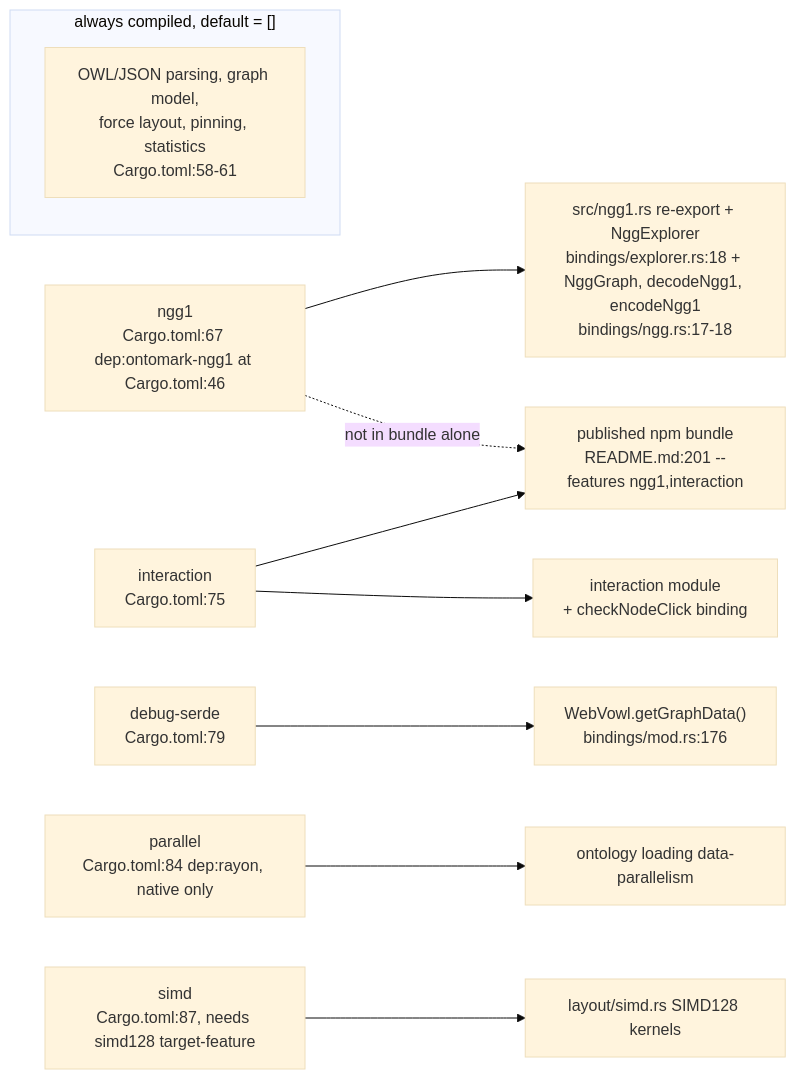
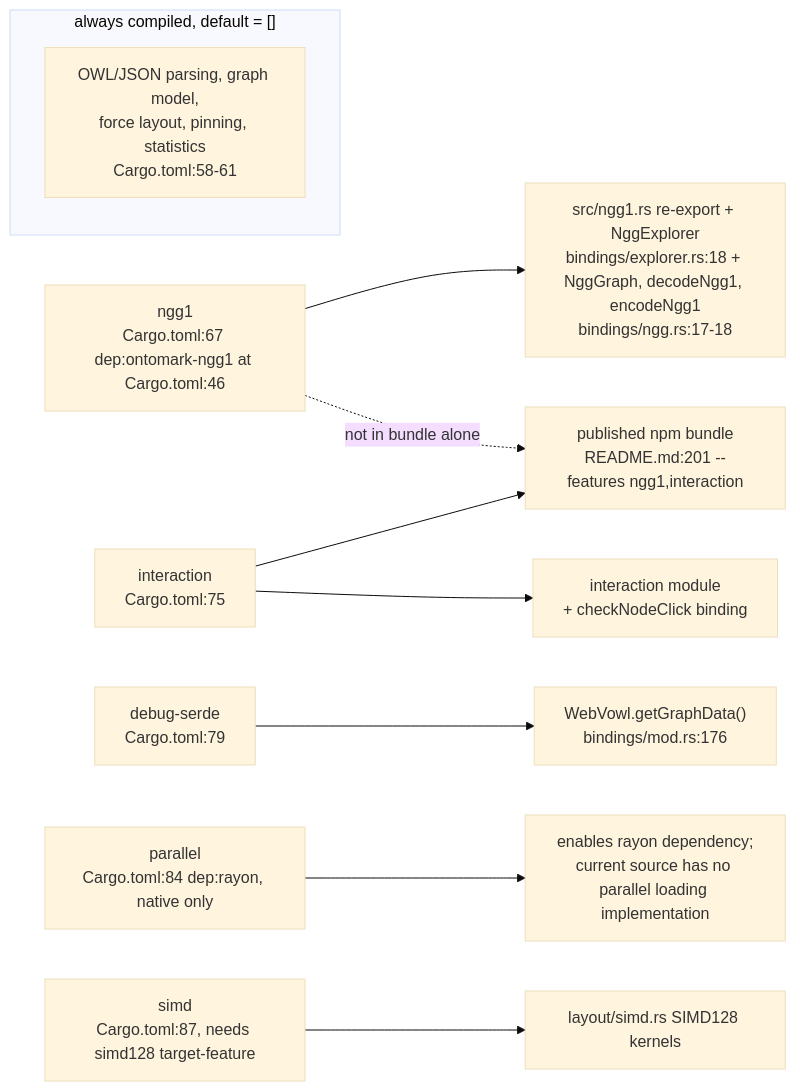
The second of 6 diagrams in docs/diagrams/vowl-wasm/01-crate-composition-and-wasm-boundary.md (DreamLab-AI/VisionFlow), drawn with Mermaid (base theme) before and after one commit. The commit also changed other lines of this file and 35 other files, not shown here.

````diff
--- a/docs/diagrams/vowl-wasm/01-crate-composition-and-wasm-boundary.md
+++ b/docs/diagrams/vowl-wasm/01-crate-composition-and-wasm-boundary.md
@@ -48,13 +50,13 @@
 ```mermaid
 flowchart LR
     subgraph Always["always compiled, default = []"]
         CORE["OWL/JSON parsing, graph model,<br/>force layout, pinning, statistics<br/>Cargo.toml:58-61"]
     end
     NGG1F["ngg1<br/>Cargo.toml:67 dep:ontomark-ngg1 at Cargo.toml:46"] --> NGGMOD["src/ngg1.rs re-export + NggExplorer<br/>bindings/explorer.rs:18 + NggGraph, decodeNgg1, encodeNgg1<br/>bindings/ngg.rs:17-18"]
     INTF["interaction<br/>Cargo.toml:75"] --> INTMOD["interaction module<br/>+ checkNodeClick binding"]
     DBGF["debug-serde<br/>Cargo.toml:79"] --> DBGMOD["WebVowl.getGraphData()<br/>bindings/mod.rs:176"]
-    PARF["parallel<br/>Cargo.toml:84 dep:rayon, native only"] --> PARMOD["ontology loading data-parallelism"]
+    PARF["parallel<br/>Cargo.toml:84 dep:rayon, native only"] --> PARMOD["enables rayon dependency;<br/>current source has no parallel loading implementation"]
     SIMDF["simd<br/>Cargo.toml:87, needs simd128 target-feature"] --> SIMDMOD["layout/simd.rs SIMD128 kernels"]
     NGG1F -. "not in bundle alone" .-> BUNDLE
     INTF --> BUNDLE["published npm bundle<br/>README.md:201 --features ngg1,interaction"]
 ```
````
